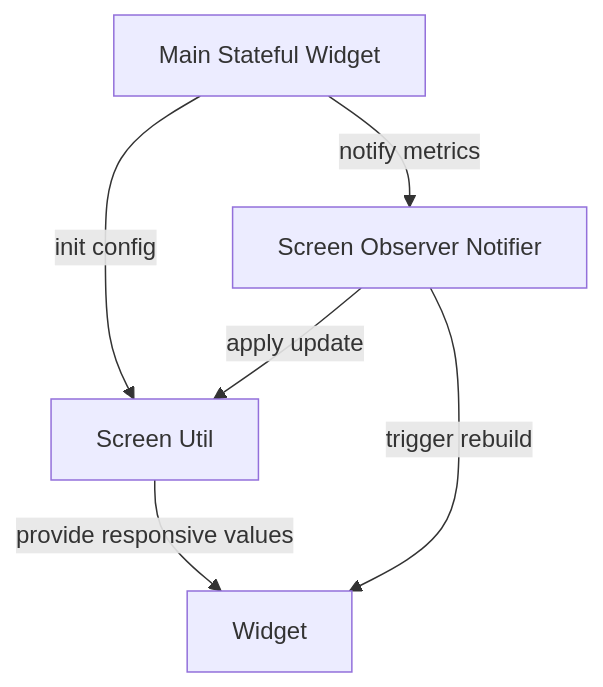
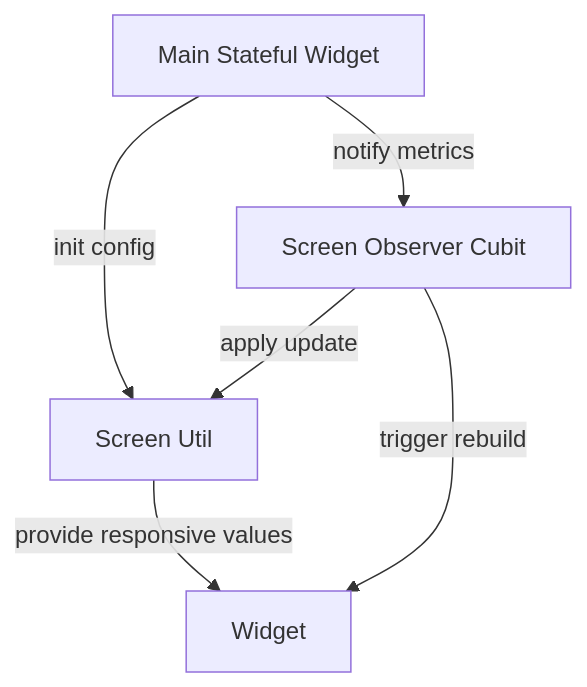
One commit to gaurishankar007/Flutter-Clean-Architecture changed the first of 3 diagrams in README.md. Above: the diagram before and after it, drawn with Mermaid.

Commit message:
docs: updated responsiveness flowchart.

````diff
--- a/README.md
+++ b/README.md
@@ -243,8 +243,8 @@
 ```mermaid
 flowchart TD
     A[Main Stateful Widget] -->|init config| B[Screen Util]
-    A -->|notify metrics| C[Screen Observer Notifier]
+    A -->|notify metrics| C[Screen Observer Cubit]
     C -->|apply update| B[Screen Util]
     C -->|trigger rebuild| D[Widget]
     B -->|provide responsive values| D[Widget]
 ```
````
